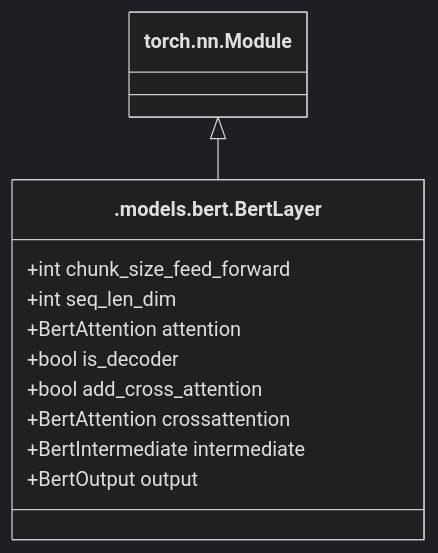
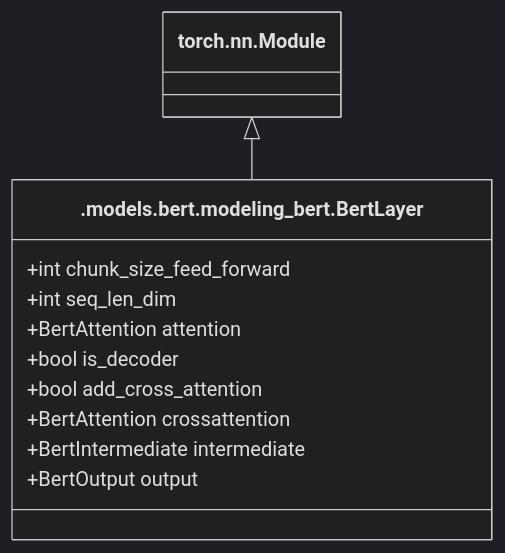
One commit to coba-yu/transformers-from-pytorch changed the fourth of 11 diagrams in BERT.md. Above: the diagram before and after it, drawn with Mermaid (dark theme). The commit also changed other lines of this file, not shown here.

First line of the commit message:
Update BERT.md

````diff
--- a/BERT.md
+++ b/BERT.md
@@ -212,16 +214,16 @@
 ```mermaid
 classDiagram
   class Module["torch.nn.Module"]
-  class BertLayer[".models.bert.BertLayer"] {
+  class BertLayer[".models.bert.modeling_bert.BertLayer"] {
     +int chunk_size_feed_forward
     +int seq_len_dim
     +BertAttention attention
     +bool is_decoder
     +bool add_cross_attention
     +BertAttention crossattention
     +BertIntermediate intermediate
     +BertOutput output
   }
 
   Module <|-- BertLayer
 ```
````
